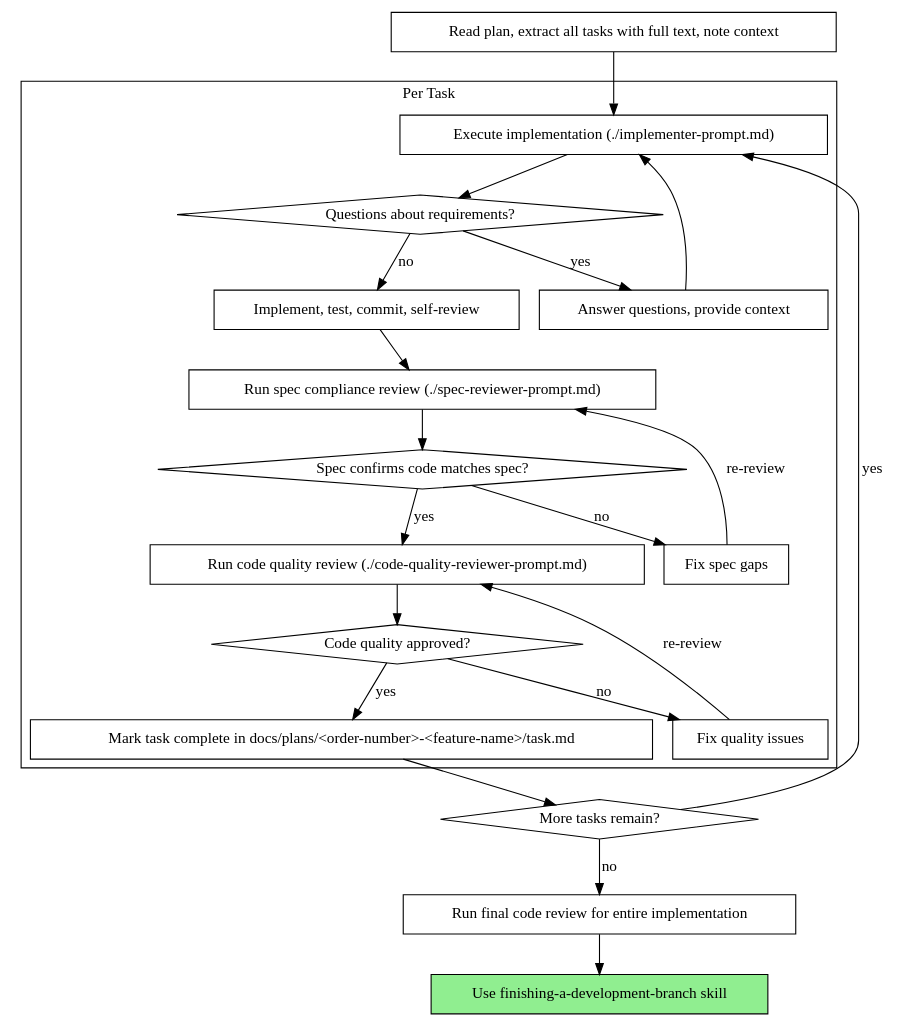
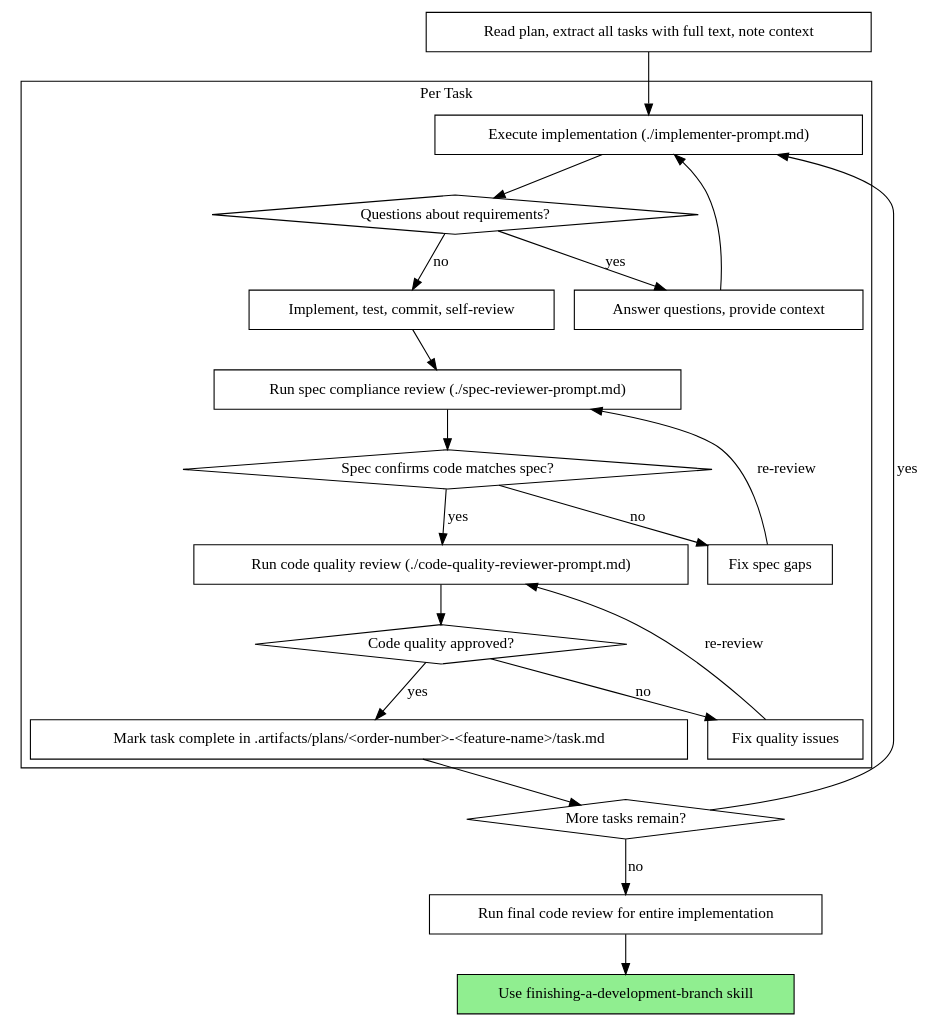
Before and after one commit to lalulali/antigravity-superpowers: the second of 2 diagrams in templates/.agent/skills/single-flow-task-execution/SKILL.md, drawn with Graphviz. The commit also changed other lines of this file and 16 other files, not shown here.

Commit message:
refactor: migrate plan tracking path from docs/plans to .artifacts/plans

````diff
--- a/templates/.agent/skills/single-flow-task-execution/SKILL.md
+++ b/templates/.agent/skills/single-flow-task-execution/SKILL.md
@@ -68,44 +68,44 @@
 ```dot
 digraph process {
     rankdir=TB;
 
     subgraph cluster_per_task {
         label="Per Task";
         "Execute implementation (./implementer-prompt.md)" [shape=box];
         "Questions about requirements?" [shape=diamond];
         "Answer questions, provide context" [shape=box];
         "Implement, test, commit, self-review" [shape=box];
         "Run spec compliance review (./spec-reviewer-prompt.md)" [shape=box];
         "Spec confirms code matches spec?" [shape=diamond];
         "Fix spec gaps" [shape=box];
         "Run code quality review (./code-quality-reviewer-prompt.md)" [shape=box];
         "Code quality approved?" [shape=diamond];
         "Fix quality issues" [shape=box];
-        "Mark task complete in docs/plans/<order-number>-<feature-name>/task.md" [shape=box];
+        "Mark task complete in .artifacts/plans/<order-number>-<feature-name>/task.md" [shape=box];
     }
 
     "Read plan, extract all tasks with full text, note context" [shape=box];
     "More tasks remain?" [shape=diamond];
     "Run final code review for entire implementation" [shape=box];
     "Use finishing-a-development-branch skill" [shape=box style=filled fillcolor=lightgreen];
 
     "Read plan, extract all tasks with full text, note context" -> "Execute implementation (./implementer-prompt.md)";
     "Execute implementation (./implementer-prompt.md)" -> "Questions about requirements?";
     "Questions about requirements?" -> "Answer questions, provide context" [label="yes"];
     "Answer questions, provide context" -> "Execute implementation (./implementer-prompt.md)";
     "Questions about requirements?" -> "Implement, test, commit, self-review" [label="no"];
     "Implement, test, commit, self-review" -> "Run spec compliance review (./spec-reviewer-prompt.md)";
     "Run spec compliance review (./spec-reviewer-prompt.md)" -> "Spec confirms code matches spec?";
     "Spec confirms code matches spec?" -> "Fix spec gaps" [label="no"];
     "Fix spec gaps" -> "Run spec compliance review (./spec-reviewer-prompt.md)" [label="re-review"];
     "Spec confirms code matches spec?" -> "Run code quality review (./code-quality-reviewer-prompt.md)" [label="yes"];
     "Run code quality review (./code-quality-reviewer-prompt.md)" -> "Code quality approved?";
     "Code quality approved?" -> "Fix quality issues" [label="no"];
     "Fix quality issues" -> "Run code quality review (./code-quality-reviewer-prompt.md)" [label="re-review"];
-    "Code quality approved?" -> "Mark task complete in docs/plans/<order-number>-<feature-name>/task.md" [label="yes"];
-    "Mark task complete in docs/plans/<order-number>-<feature-name>/task.md" -> "More tasks remain?";
+    "Code quality approved?" -> "Mark task complete in .artifacts/plans/<order-number>-<feature-name>/task.md" [label="yes"];
+    "Mark task complete in .artifacts/plans/<order-number>-<feature-name>/task.md" -> "More tasks remain?";
     "More tasks remain?" -> "Execute implementation (./implementer-prompt.md)" [label="yes"];
     "More tasks remain?" -> "Run final code review for entire implementation" [label="no"];
     "Run final code review for entire implementation" -> "Use finishing-a-development-branch skill";
 }
 ```
````
